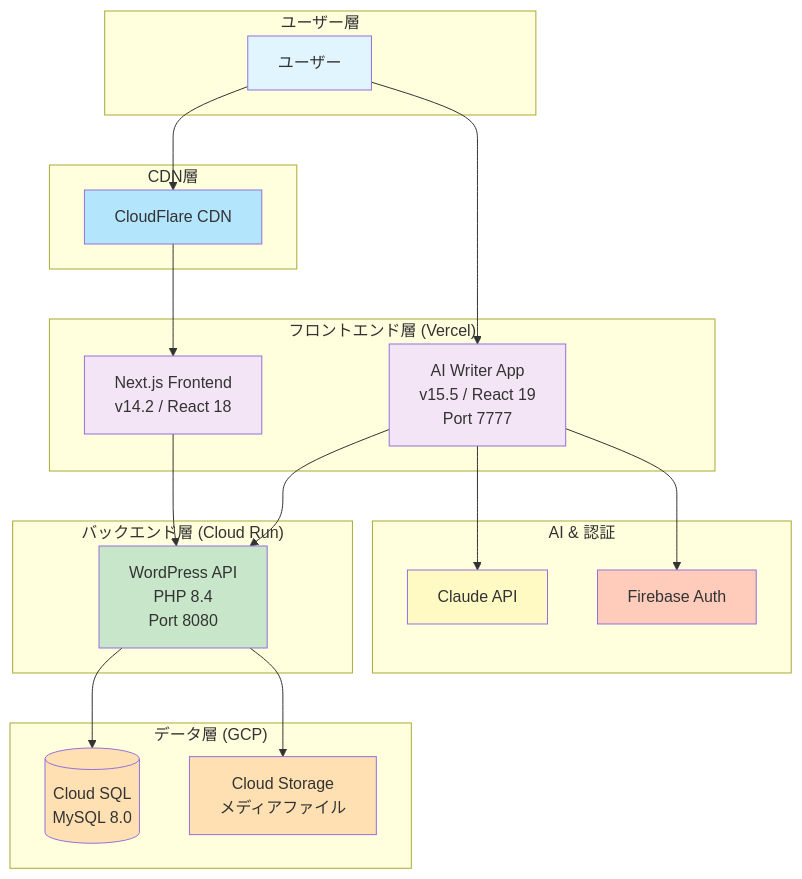
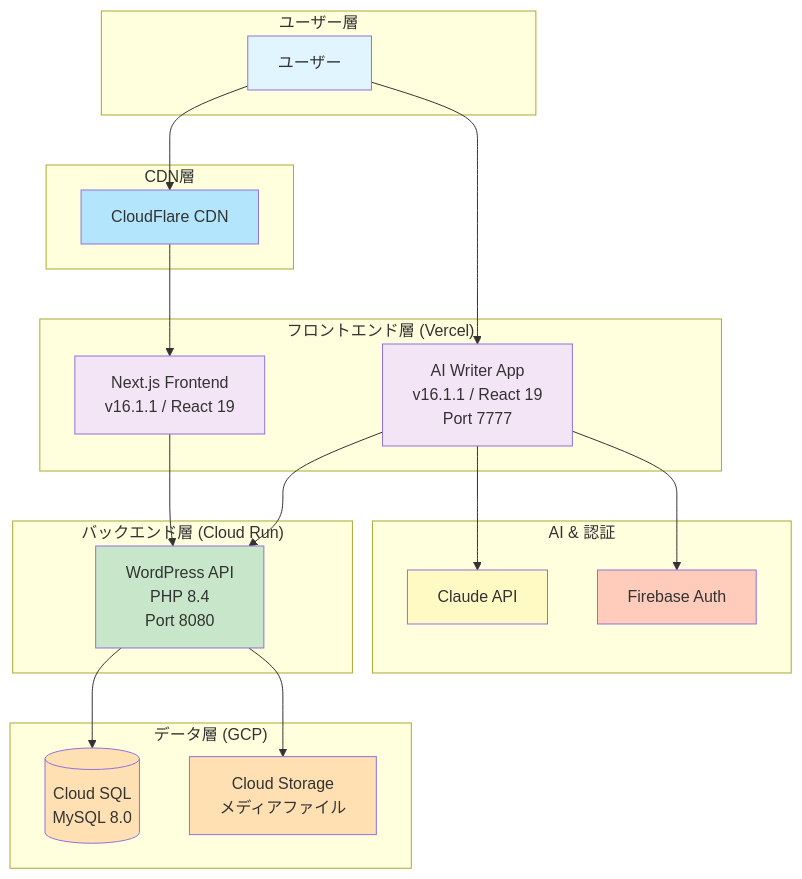
The sixth of 8 diagrams in README.md (thanks2music/revolution), drawn with Mermaid before and after one commit. The commit also changed other lines of this file and 5 other files, not shown here.

````diff
--- a/README.md
+++ b/README.md
@@ -401,49 +473,49 @@
 ```mermaid
 graph TB
     subgraph "ユーザー層"
         U[ユーザー]
     end
 
     subgraph "CDN層"
         CDN[CloudFlare CDN]
     end
 
     subgraph "フロントエンド層 (Vercel)"
-        FE1[Next.js Frontend<br/>v14.2 / React 18]
-        FE2[AI Writer App<br/>v15.5 / React 19<br/>Port 7777]
+        FE1[Next.js Frontend<br/>v16.1.1 / React 19]
+        FE2[AI Writer App<br/>v16.1.1 / React 19<br/>Port 7777]
     end
 
     subgraph "バックエンド層 (Cloud Run)"
         WP[WordPress API<br/>PHP 8.4<br/>Port 8080]
     end
 
     subgraph "データ層 (GCP)"
         DB[(Cloud SQL<br/>MySQL 8.0)]
         GCS[Cloud Storage<br/>メディアファイル]
     end
 
     subgraph "AI & 認証"
         CLAUDE[Claude API]
         FB[Firebase Auth]
     end
 
     U --> CDN
     CDN --> FE1
     U --> FE2
     FE1 --> WP
     FE2 --> WP
     FE2 --> CLAUDE
     FE2 --> FB
     WP --> DB
     WP --> GCS
 
     style U fill:#e1f5fe
     style CDN fill:#b3e5fc
     style FE1 fill:#f3e5f5
     style FE2 fill:#f3e5f5
     style WP fill:#c8e6c9
     style CLAUDE fill:#fff9c4
     style DB fill:#ffe0b2
     style GCS fill:#ffe0b2
     style FB fill:#ffccbc
 ```
````
